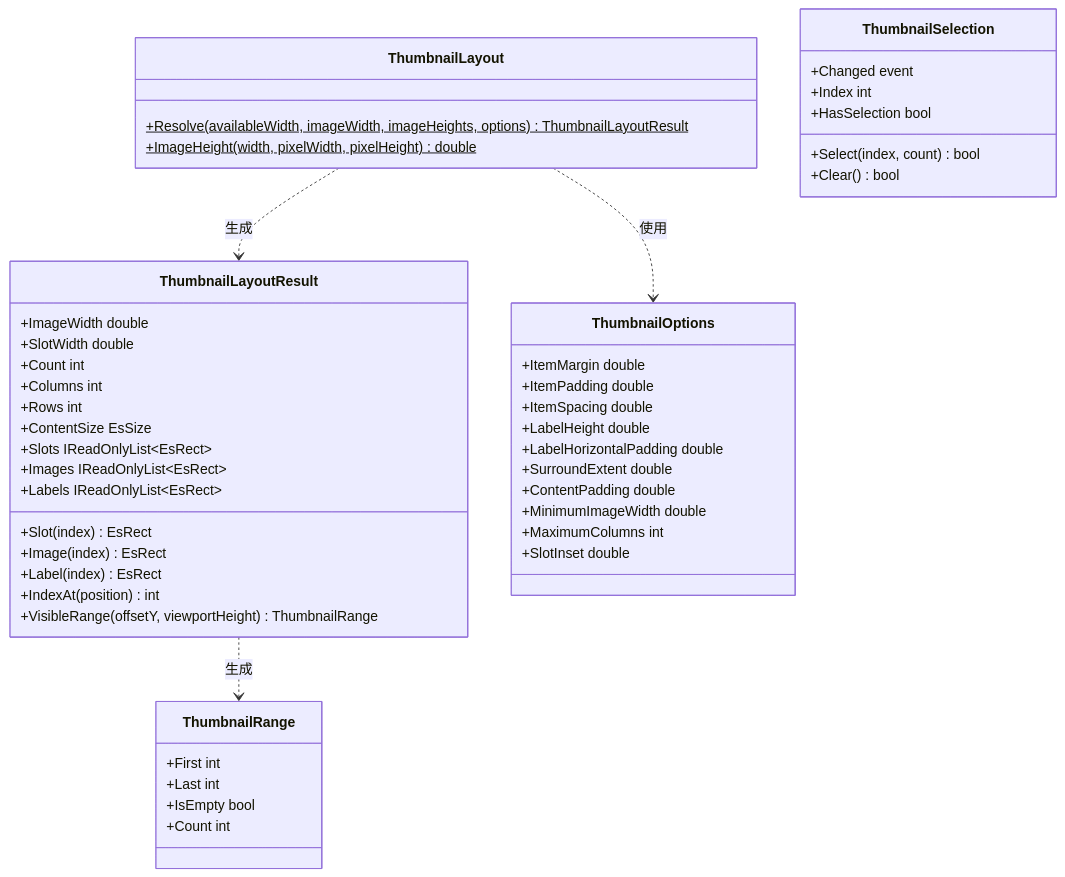
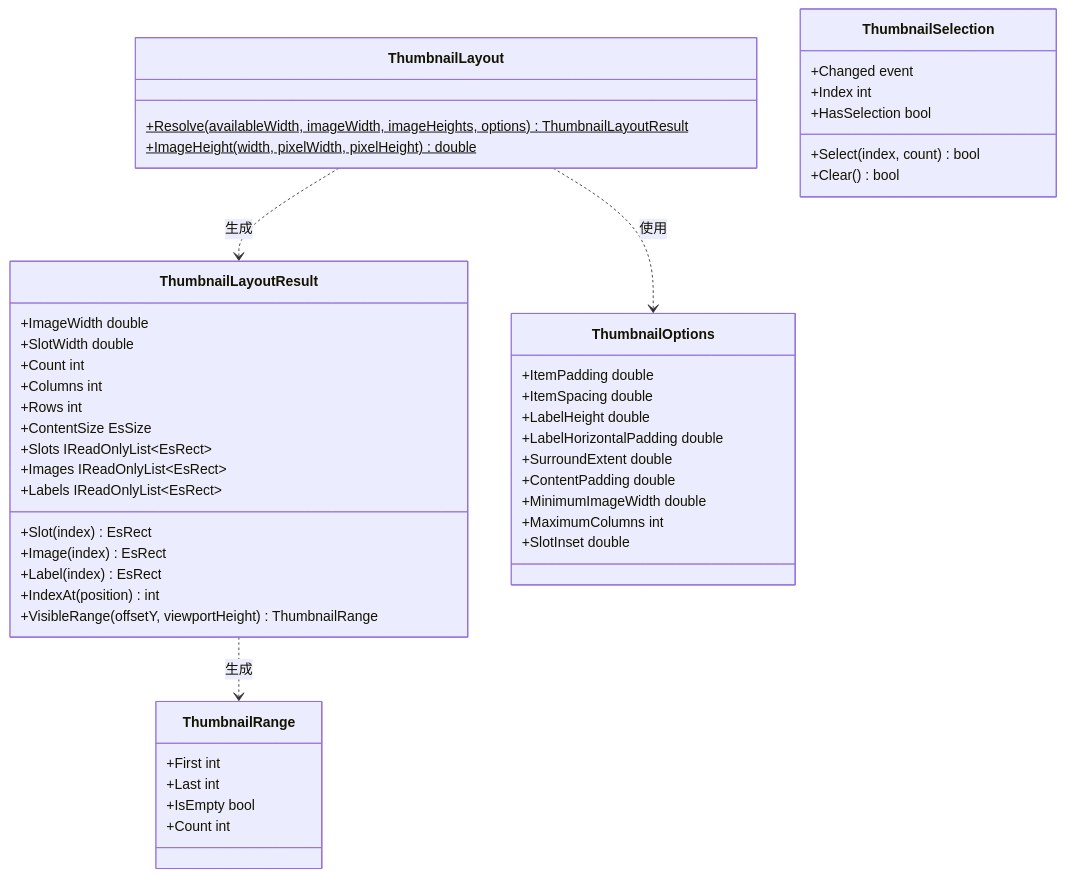
The second of 3 diagrams in EsUtil/Feature.Thumbnail.Core/docs/SPEC_System.md (tomokuni/EsUtil), drawn with Mermaid before and after one commit. The commit also changed 41 other files, not shown here.

````diff
--- a/EsUtil/Feature.Thumbnail.Core/docs/SPEC_System.md
+++ b/EsUtil/Feature.Thumbnail.Core/docs/SPEC_System.md
@@ -102,52 +102,51 @@
 ```mermaid
 classDiagram
     class ThumbnailLayout {
         +Resolve(availableWidth, imageWidth, imageHeights, options)$ ThumbnailLayoutResult
         +ImageHeight(width, pixelWidth, pixelHeight)$ double
     }
     class ThumbnailLayoutResult {
         +ImageWidth double
         +SlotWidth double
         +Count int
         +Columns int
         +Rows int
         +ContentSize EsSize
         +Slots IReadOnlyList~EsRect~
         +Images IReadOnlyList~EsRect~
         +Labels IReadOnlyList~EsRect~
         +Slot(index) EsRect
         +Image(index) EsRect
         +Label(index) EsRect
         +IndexAt(position) int
         +VisibleRange(offsetY, viewportHeight) ThumbnailRange
     }
     class ThumbnailOptions {
-        +ItemMargin double
         +ItemPadding double
         +ItemSpacing double
         +LabelHeight double
         +LabelHorizontalPadding double
         +SurroundExtent double
         +ContentPadding double
         +MinimumImageWidth double
         +MaximumColumns int
         +SlotInset double
     }
     class ThumbnailSelection {
         +Changed event
         +Index int
         +HasSelection bool
         +Select(index, count) bool
         +Clear() bool
     }
     class ThumbnailRange {
         +First int
         +Last int
         +IsEmpty bool
         +Count int
     }
 
     ThumbnailLayout ..> ThumbnailLayoutResult : 生成
     ThumbnailLayout ..> ThumbnailOptions : 使用
     ThumbnailLayoutResult ..> ThumbnailRange : 生成
 ```
````
